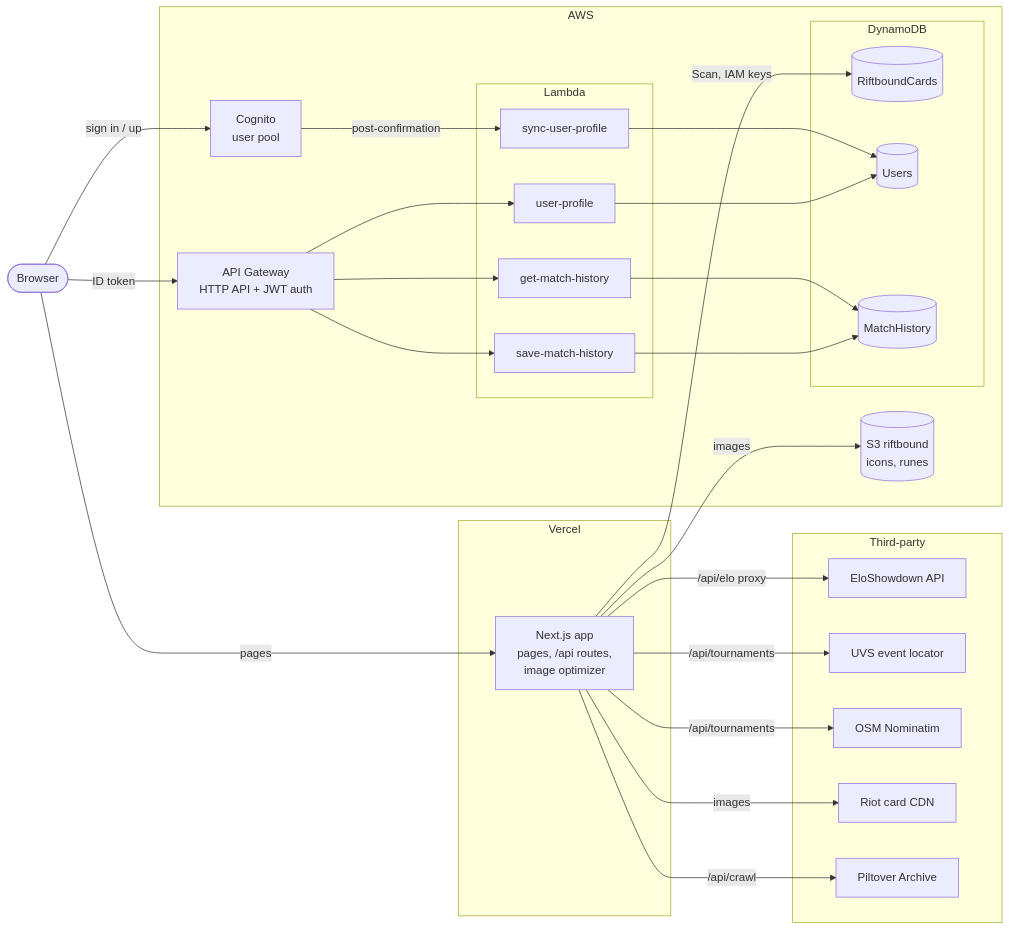
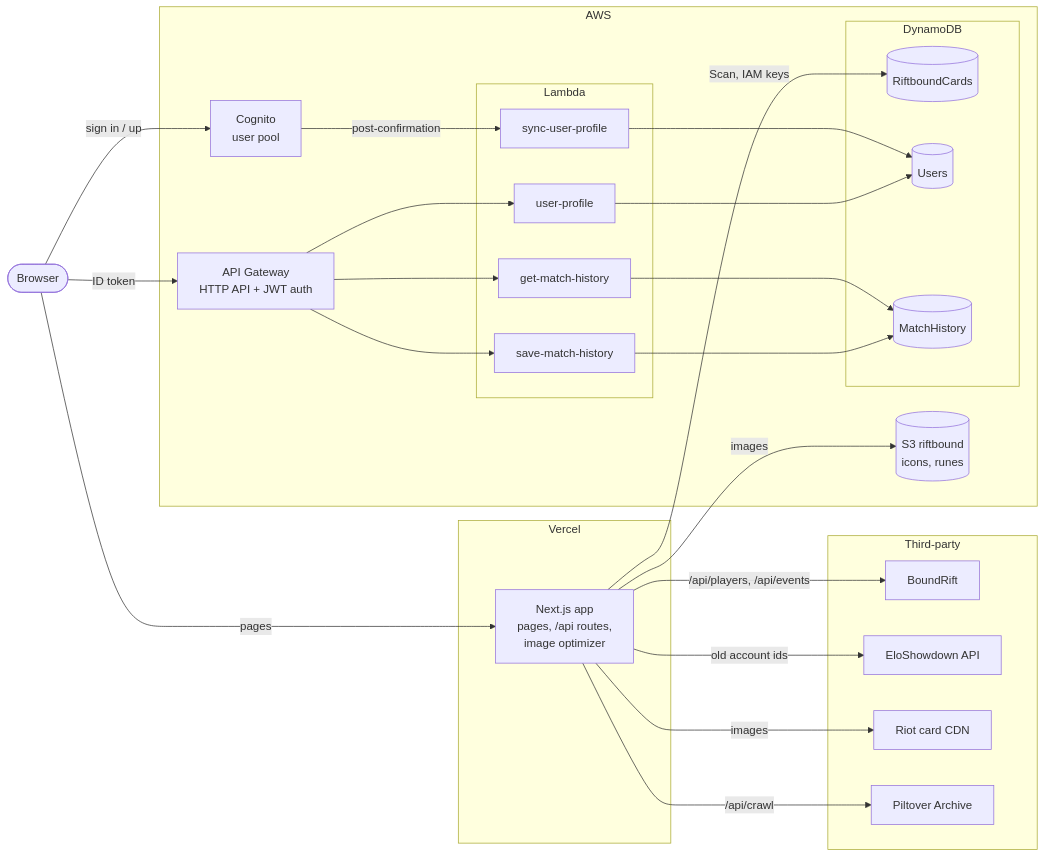
Before and after one commit to tuananhc/Riftbound-Gallery: the first of 2 diagrams in README.md, drawn with Mermaid. The commit also changed other lines of this file and 30 other files, not shown here.

````diff
--- a/README.md
+++ b/README.md
@@ -101,46 +103,45 @@
 ```mermaid
 flowchart LR
   browser(["Browser"])
 
   subgraph vercel["Vercel"]
     next["Next.js app<br/>pages, /api routes,<br/>image optimizer"]
   end
 
   subgraph aws["AWS"]
     cognito["Cognito<br/>user pool"]
     apigw["API Gateway<br/>HTTP API + JWT auth"]
     subgraph lambdas["Lambda"]
       getH["get-match-history"]
       saveH["save-match-history"]
       prof["user-profile"]
       sync["sync-user-profile"]
     end
     subgraph ddb["DynamoDB"]
       cards[("RiftboundCards")]
       users[("Users")]
       hist[("MatchHistory")]
     end
     s3[("S3 riftbound<br/>icons, runes")]
   end
 
   subgraph ext["Third-party"]
+    br["BoundRift"]
     elo["EloShowdown API"]
-    uvs["UVS event locator"]
-    osm["OSM Nominatim"]
     riot["Riot card CDN"]
     pa["Piltover Archive"]
   end
 
   browser -->|pages| next
   browser -->|sign in / up| cognito
   browser -->|"ID token"| apigw
   cognito -->|post-confirmation| sync
   sync --> users
   apigw --> getH & saveH --> hist
   apigw --> prof --> users
   next -->|"Scan, IAM keys"| cards
-  next -->|"/api/elo proxy"| elo
-  next -->|"/api/tournaments"| uvs & osm
+  next -->|"/api/players, /api/events"| br
+  next -->|"old account ids"| elo
   next -->|"/api/crawl"| pa
   next -->|images| s3 & riot
 ```
````
